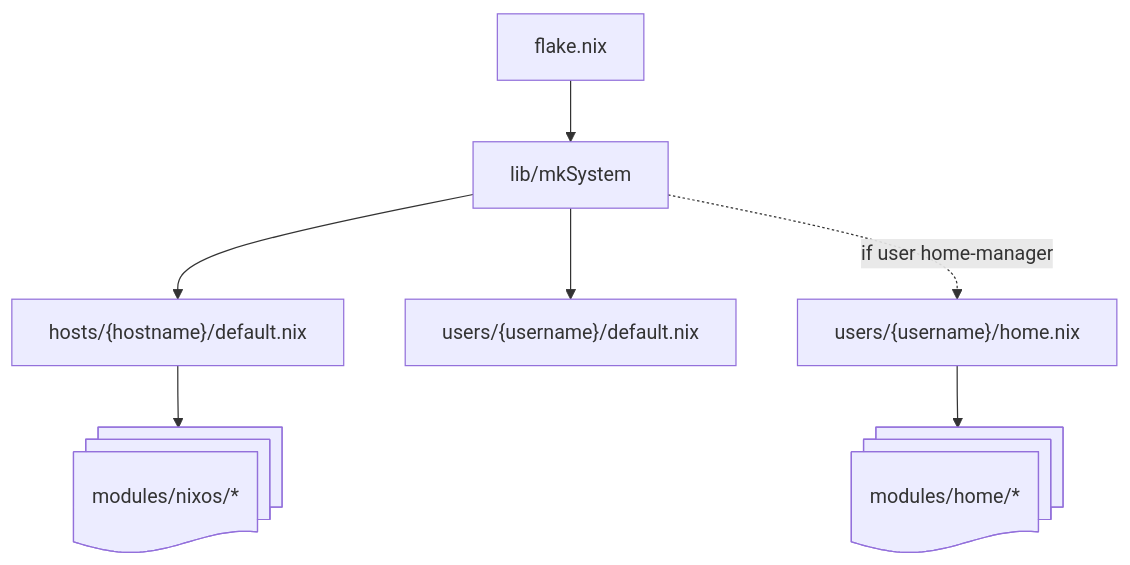
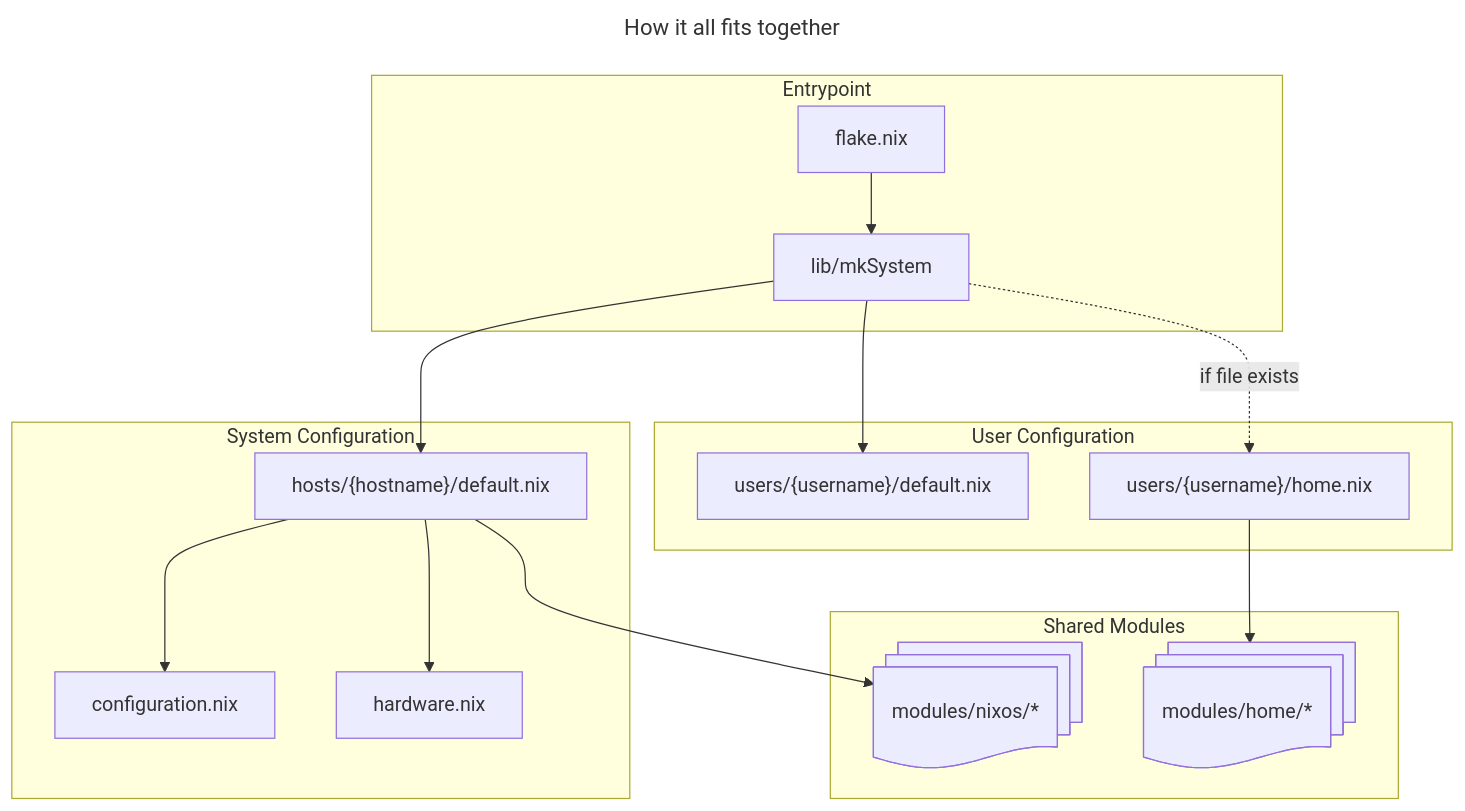
One commit to zenware/nixos-config changed the diagram in README.md. Above: the diagram before and after it, drawn with Mermaid. The commit also changed other lines of this file, not shown here.

Commit message:
docs: improve diagram

````diff
--- a/README.md
+++ b/README.md
@@ -17,9 +18,34 @@
 ```mermaid
+---
+title: How it all fits together
+---
 graph TD
+    subgraph Entrypoint
+        flake
+        mkSystem
+    end
+    subgraph System Configuration
+        hosts
+        hosts_conf
+        hosts_hardware
+    end
+    subgraph User Configuration
+        users_default
+        users_home
+    end
+    subgraph Shared Modules
+      nixos_mods
+      home_mods
+    end
     flake["flake.nix"] --> mkSystem["lib/mkSystem"]
+    
     mkSystem --> hosts["hosts/{hostname}/default.nix"]
     mkSystem --> users_default["users/{username}/default.nix"]
-    mkSystem -.->|if user home-manager| users_home["users/{username}/home.nix"]
-    hosts --> nixosMods@{ shape: docs, label: "modules/nixos/*"}
-    users_home --> homeMods@{ shape: docs, label: "modules/home/*"}
+    mkSystem -.->|if file exists| users_home["users/{username}/home.nix"]
+    
+    hosts --> nixos_mods@{ shape: docs, label: "modules/nixos/*"}
+    hosts --> hosts_conf["configuration.nix"]
+    hosts --> hosts_hardware["hardware.nix"]
+    
+    users_home --> home_mods@{ shape: docs, label: "modules/home/*"}
 ```
````
